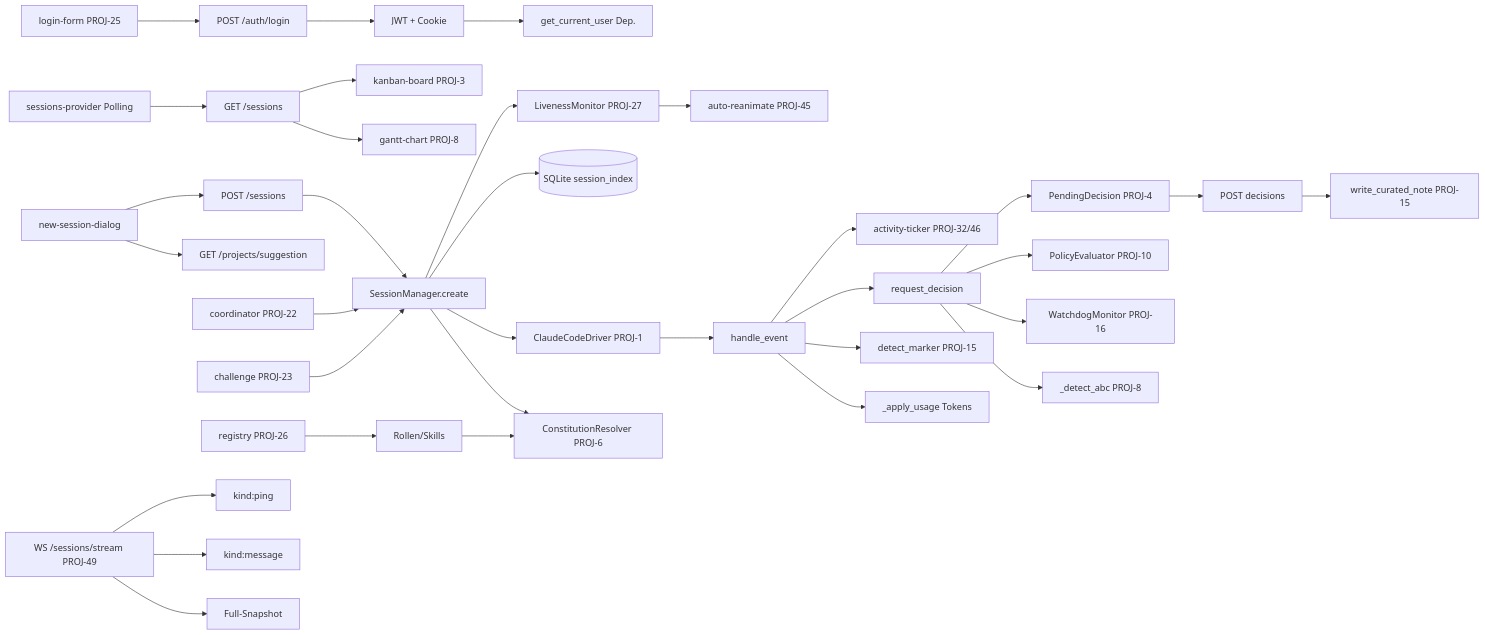
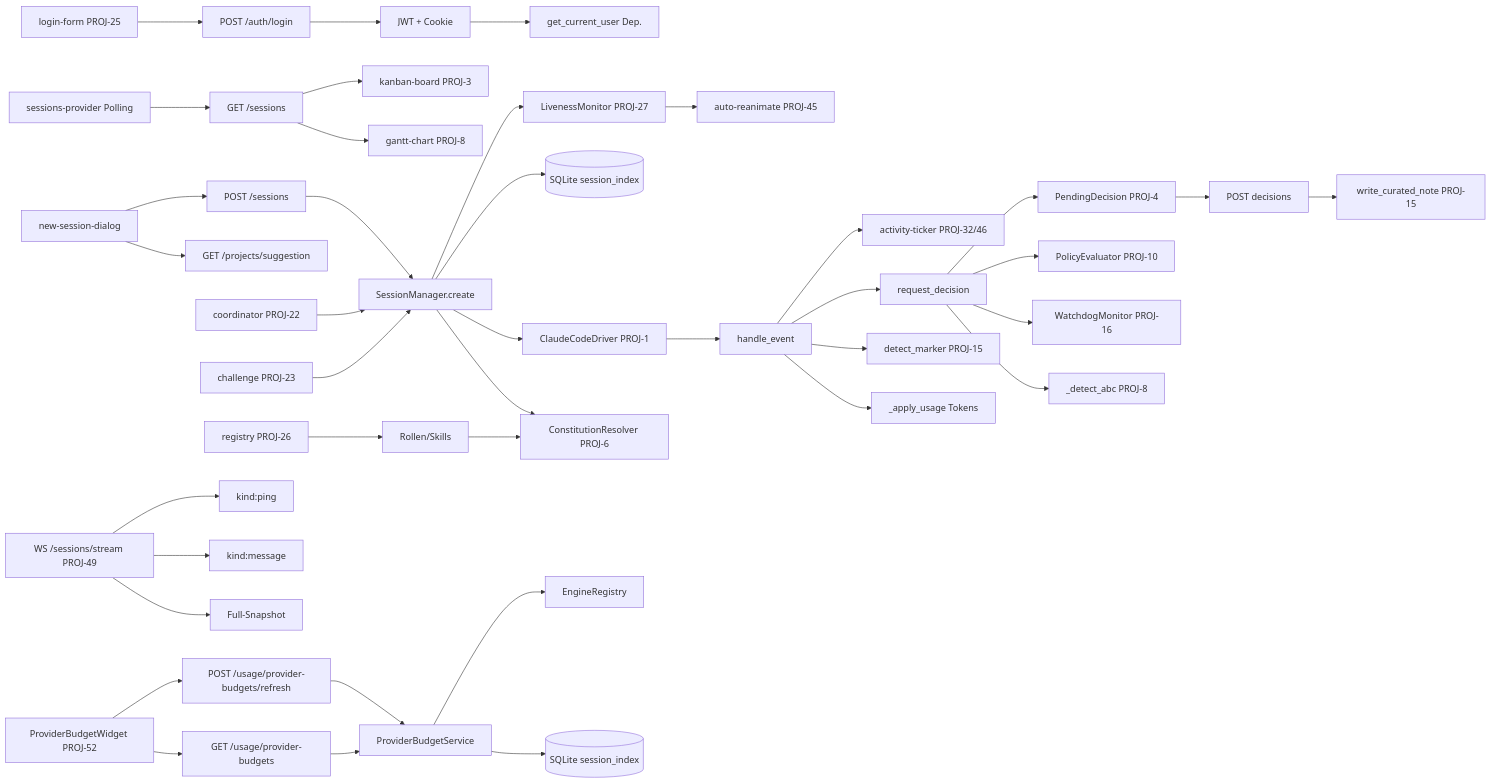
One commit to ms-qql/jupiter changed diagram 13 of 13 in docs/architektur.md. Above: the diagram before and after it, drawn with Mermaid. The commit also changed other lines of this file and 18 other files, not shown here.

First line of the commit message:
deploy(PROJ-52): Mark sidebar token budget monitor deployed

````diff
--- a/docs/architektur.md
+++ b/docs/architektur.md
@@ -718,40 +765,47 @@
 ```mermaid
 graph LR
   Login[login-form PROJ-25] --> Auth[POST /auth/login]
   Auth --> JWT[JWT + Cookie]
   JWT --> Guard[get_current_user Dep.]
 
   Dialog[new-session-dialog] --> Launcher[GET /projects/suggestion]
   Dialog --> Create[POST /sessions]
   Create --> Mgr[SessionManager.create]
   Mgr --> Const[ConstitutionResolver PROJ-6]
   Mgr --> Driver[ClaudeCodeDriver PROJ-1]
   Mgr --> Repo[(SQLite session_index)]
   Driver --> Handle[handle_event]
   Handle --> Usage[_apply_usage Tokens]
   Handle --> Curation[detect_marker PROJ-15]
   Handle --> Req[request_decision]
   Req --> Abc[_detect_abc PROJ-8]
   Req --> Watch[WatchdogMonitor PROJ-16]
   Req --> Policy[PolicyEvaluator PROJ-10]
   Req --> Card[PendingDecision PROJ-4]
   Card --> Resolve[POST decisions]
   Resolve --> KNote[write_curated_note PROJ-15]
 
   Mgr --> Liveness[LivenessMonitor PROJ-27]
   Liveness --> Reanimate[auto-reanimate PROJ-45]
   Handle --> Activity[activity-ticker PROJ-32/46]
 
   Provider[sessions-provider Polling] --> List[GET /sessions]
   List --> Gantt[gantt-chart PROJ-8]
   List --> Kanban[kanban-board PROJ-3]
 
   Coord[coordinator PROJ-22] --> Mgr
   Challenge[challenge PROJ-23] --> Mgr
   Registry[registry PROJ-26] --> Roles[Rollen/Skills]
   Roles --> Const
 
   WS[WS /sessions/stream PROJ-49] --> Snapshot[Full-Snapshot]
   WS --> Delta[kind:message]
   WS --> Ping[kind:ping]
+
+  BudgetWidget[ProviderBudgetWidget PROJ-52] --> BudgetApi[GET /usage/provider-budgets]
+  BudgetWidget --> BudgetRefresh[POST /usage/provider-budgets/refresh]
+  BudgetApi --> BudgetSvc[ProviderBudgetService]
+  BudgetRefresh --> BudgetSvc
+  BudgetSvc --> UsageIndex[(SQLite session_index)]
+  BudgetSvc --> Engines[EngineRegistry]
 ```
````
